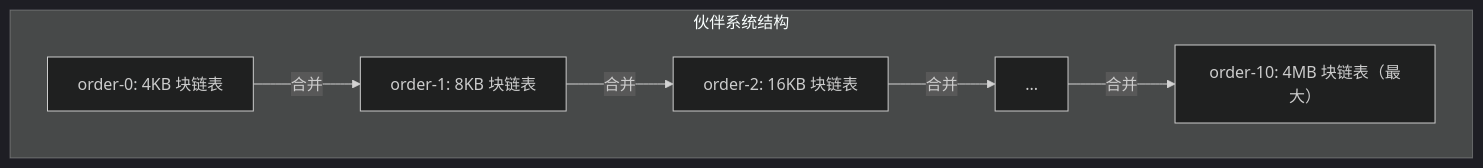
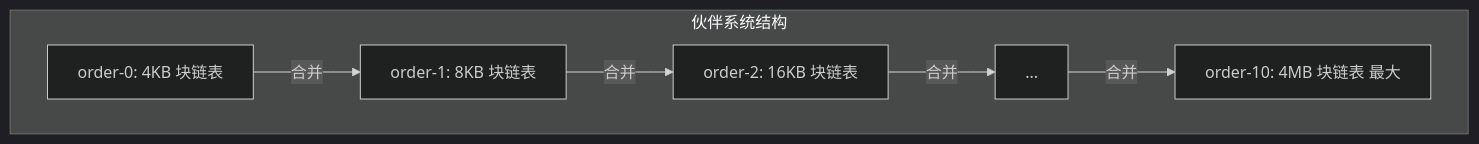
One commit to jpixy/jpixy.github.io changed the fourth of 9 diagrams in content/articles/linux/linux-23-内核面试题-内存管理.md. Above: the diagram before and after it, drawn with Mermaid (dark theme). The commit also changed other lines of this file and 66 other files, not shown here.

Commit message:
fix: resolve Mermaid syntax errors by removing parentheses in node labels

````diff
--- a/content/articles/linux/linux-23-内核面试题-内存管理.md
+++ b/content/articles/linux/linux-23-内核面试题-内存管理.md
@@ -450,15 +450,15 @@
 ```mermaid
 graph TB
     subgraph 伙伴系统结构
         O0["order-0: 4KB 块链表"]
         O1["order-1: 8KB 块链表"]
         O2["order-2: 16KB 块链表"]
         O3["..."]
-        O10["order-10: 4MB 块链表（最大）"]
+        O10["order-10: 4MB 块链表 最大"]
     end
     
     O0 -->|合并| O1
     O1 -->|合并| O2
     O2 -->|合并| O3
     O3 -->|合并| O10
 ```
````
